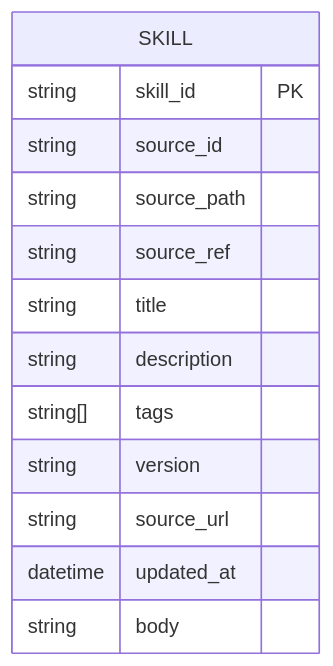
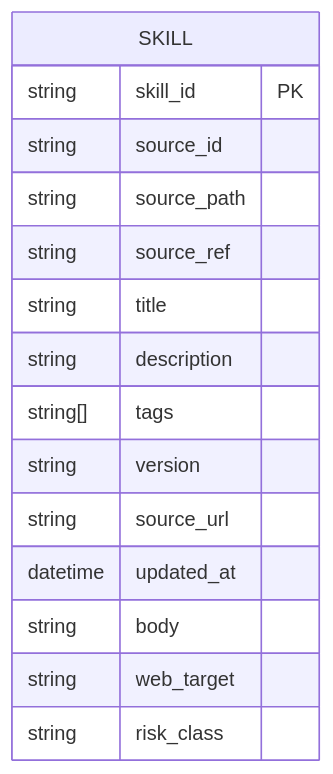
One commit to metasync/luban-aiops changed diagram 12 of 13 in .qoder/repowiki/en/content/Deployment and Operations/Skills Hub Service.md. Above: the diagram before and after it, drawn with Mermaid. The commit also changed other lines of this file and 6 other files, not shown here.

````diff
--- a/.qoder/repowiki/en/content/Deployment and Operations/Skills Hub Service.md
+++ b/.qoder/repowiki/en/content/Deployment and Operations/Skills Hub Service.md
@@ -509,16 +552,18 @@
 ```mermaid
 erDiagram
 SKILL {
 string skill_id PK
 string source_id
 string source_path
 string source_ref
 string title
 string description
 string[] tags
 string version
 string source_url
 datetime updated_at
 string body
+string web_target
+string risk_class
 }
 ```
````
